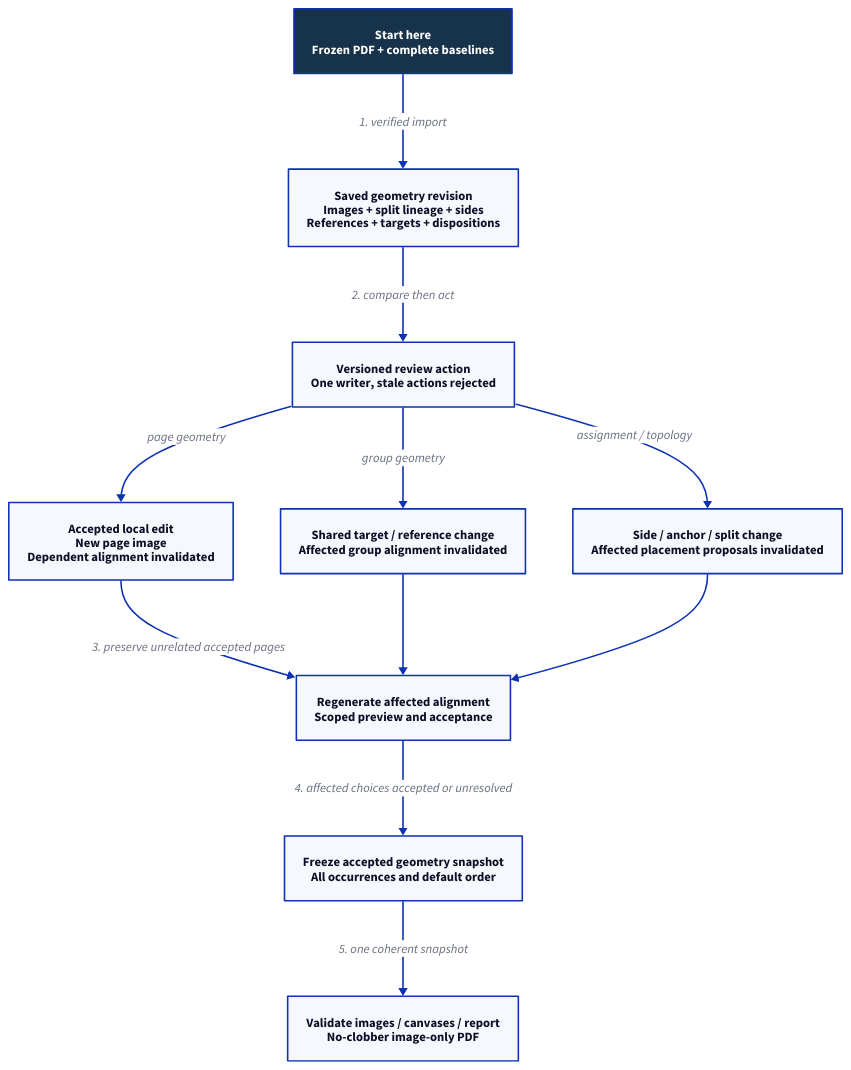
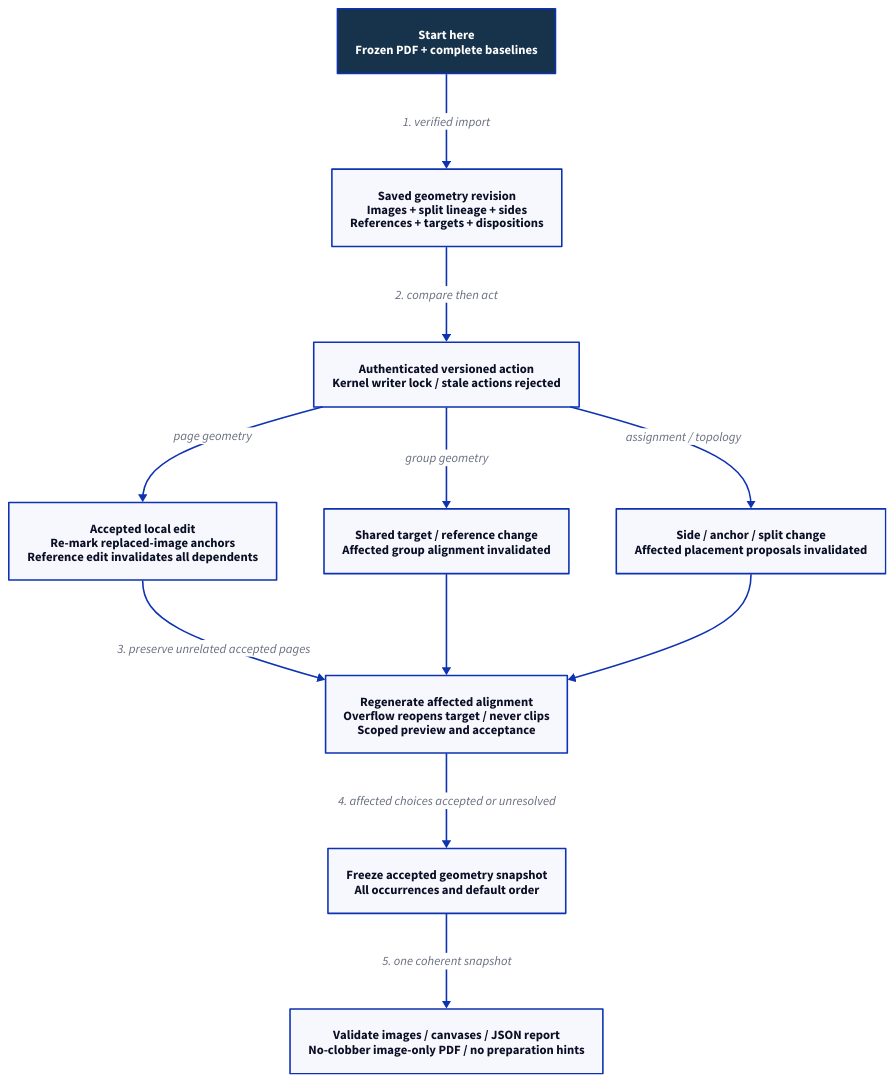
One commit to Linkuistics/BookScanBuilder changed the diagram in docs/design/rotation-processor/versions.d2. Above: the diagram before and after it, drawn with D2. The commit also changed 21 other files, not shown here.

```diff
--- a/docs/design/rotation-processor/versions.d2
+++ b/docs/design/rotation-processor/versions.d2
@@ -1,23 +1,23 @@
 direction: down
 classes: {
   start: {style: {fill: "#17334b"; font-color: white; bold: true}}
 }
 snapshot: Start here\nFrozen PDF + complete baselines {class: start}
 state: Saved geometry revision\nImages + split lineage + sides\nReferences + targets + dispositions
-action: Versioned review action\nOne writer, stale actions rejected
-local: Accepted local edit\nNew page image\nDependent alignment invalidated
+action: Authenticated versioned action\nKernel writer lock / stale actions rejected
+local: Accepted local edit\nRe-mark replaced-image anchors\nReference edit invalidates all dependents
 shared: Shared target / reference change\nAffected group alignment invalidated
 side: Side / anchor / split change\nAffected placement proposals invalidated
-review: Regenerate affected alignment\nScoped preview and acceptance
+review: Regenerate affected alignment\nOverflow reopens target / never clips\nScoped preview and acceptance
 freeze: Freeze accepted geometry snapshot\nAll occurrences and default order
-published: Validate images / canvases / report\nNo-clobber image-only PDF
+published: Validate images / canvases / JSON report\nNo-clobber image-only PDF / no preparation hints
 snapshot -> state: "1. verified import"
 state -> action: "2. compare then act"
 action -> local: page geometry
 action -> shared: group geometry
 action -> side: assignment / topology
 local -> review: "3. preserve unrelated accepted pages"
 shared -> review
 side -> review
 review -> freeze: "4. affected choices accepted or unresolved"
 freeze -> published: "5. one coherent snapshot"
```
